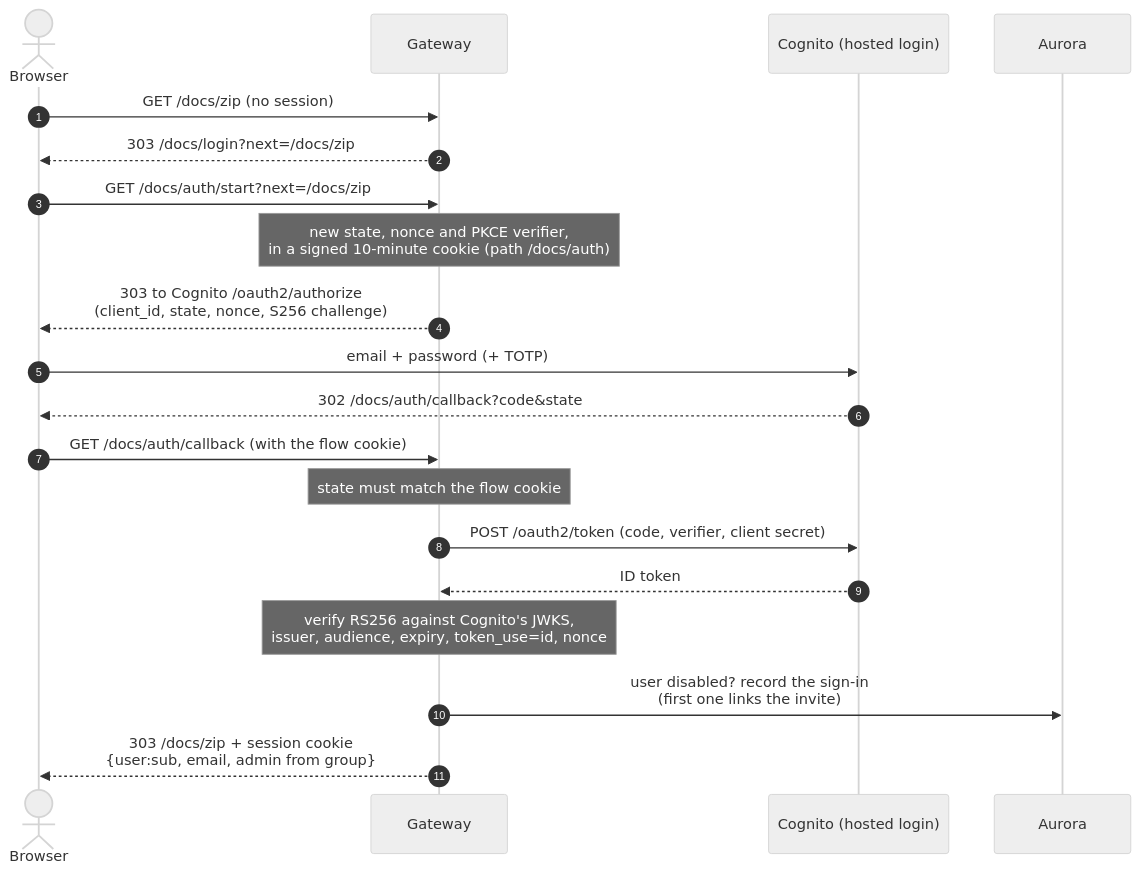
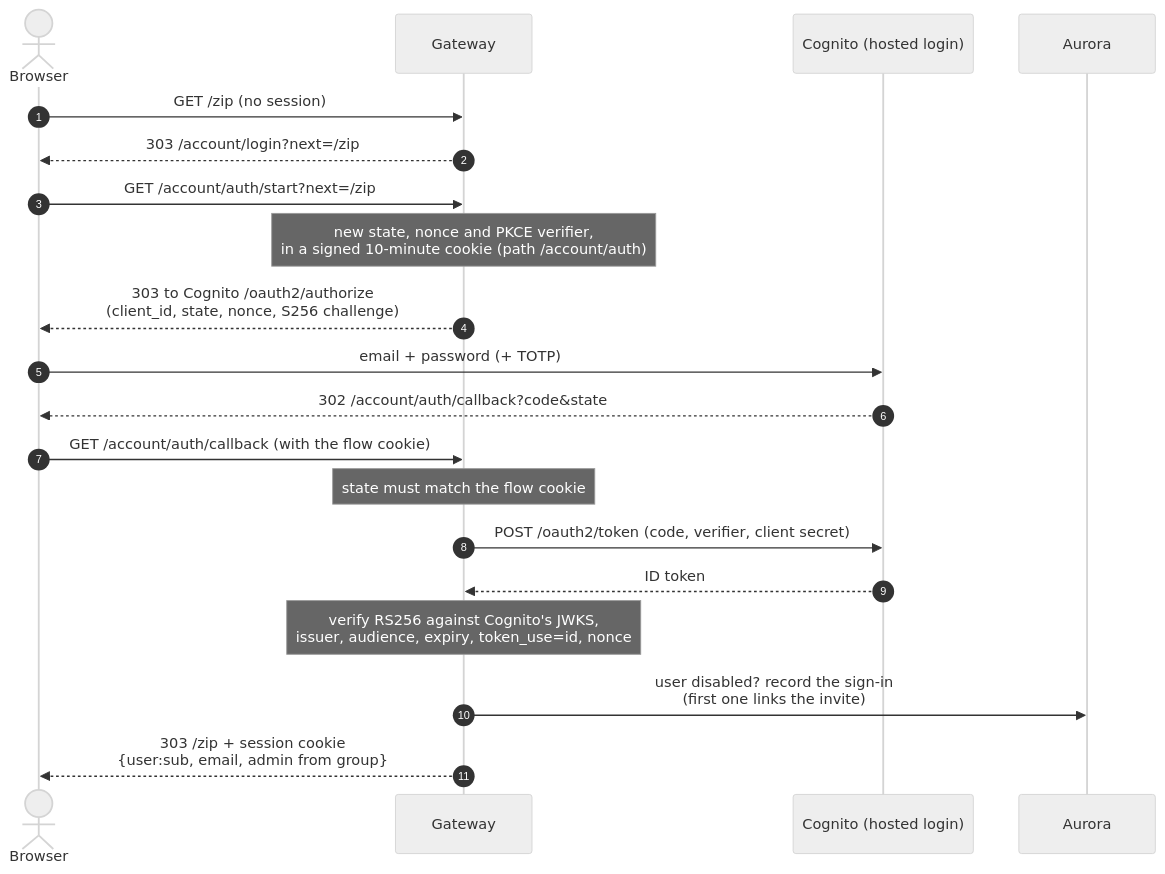
The second of 4 diagrams in docs/auth.md (zip-agents/api-gateway), drawn with Mermaid (neutral theme) before and after one commit. The commit also changed other lines of this file and 69 other files, not shown here.

````diff
--- a/docs/auth.md
+++ b/docs/auth.md
@@ -63,23 +68,23 @@
 ```mermaid
 sequenceDiagram
     autonumber
     actor U as Browser
     participant G as Gateway
     participant C as Cognito (hosted login)
     participant DB as Aurora
 
-    U->>G: GET /docs/zip (no session)
-    G-->>U: 303 /docs/login?next=/docs/zip
-    U->>G: GET /docs/auth/start?next=/docs/zip
-    Note over G: new state, nonce and PKCE verifier,<br/>in a signed 10-minute cookie (path /docs/auth)
+    U->>G: GET /zip (no session)
+    G-->>U: 303 /account/login?next=/zip
+    U->>G: GET /account/auth/start?next=/zip
+    Note over G: new state, nonce and PKCE verifier,<br/>in a signed 10-minute cookie (path /account/auth)
     G-->>U: 303 to Cognito /oauth2/authorize<br/>(client_id, state, nonce, S256 challenge)
     U->>C: email + password (+ TOTP)
-    C-->>U: 302 /docs/auth/callback?code&state
-    U->>G: GET /docs/auth/callback (with the flow cookie)
+    C-->>U: 302 /account/auth/callback?code&state
+    U->>G: GET /account/auth/callback (with the flow cookie)
     Note over G: state must match the flow cookie
     G->>C: POST /oauth2/token (code, verifier, client secret)
     C-->>G: ID token
     Note over G: verify RS256 against Cognito's JWKS,<br/>issuer, audience, expiry, token_use=id, nonce
     G->>DB: user disabled? record the sign-in<br/>(first one links the invite)
-    G-->>U: 303 /docs/zip + session cookie<br/>{user:sub, email, admin from group}
+    G-->>U: 303 /zip + session cookie<br/>{user:sub, email, admin from group}
 ```
````
